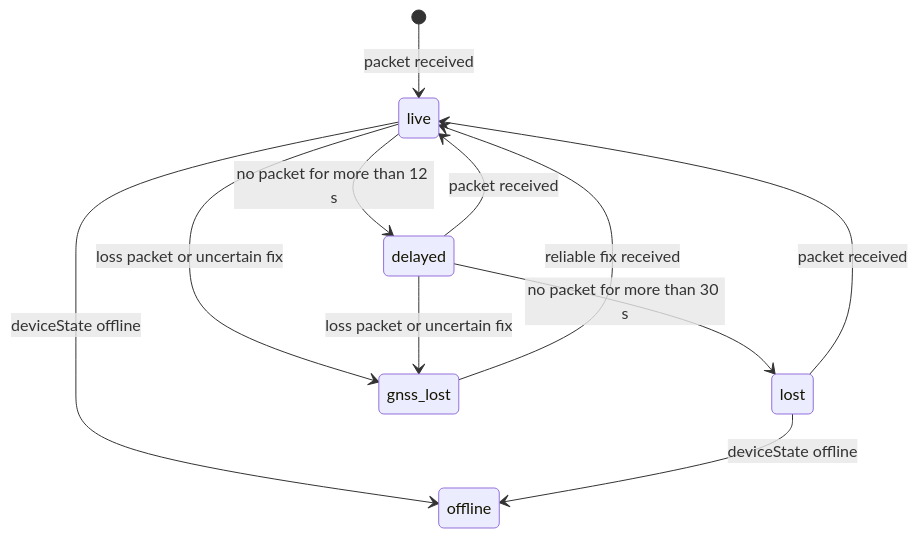
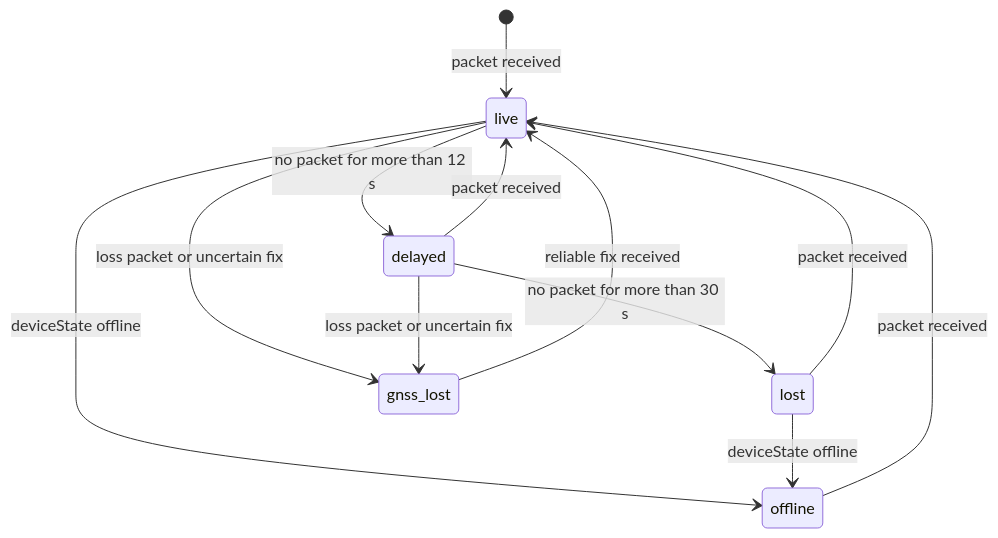
Before and after one commit to notnamansinha/Eki: the fourth of 4 diagrams in docs/design/TRACKING_ALGORITHMS.md, drawn with Mermaid. The commit also changed other lines of this file and 69 other files, not shown here.

````diff
--- a/docs/design/TRACKING_ALGORITHMS.md
+++ b/docs/design/TRACKING_ALGORITHMS.md
@@ -516,13 +518,14 @@
 ```mermaid
 stateDiagram-v2
   [*] --> live: packet received
   live --> delayed: no packet for more than 12 s
   delayed --> lost: no packet for more than 30 s
   live --> gnss_lost: loss packet or uncertain fix
   delayed --> gnss_lost: loss packet or uncertain fix
   gnss_lost --> live: reliable fix received
   delayed --> live: packet received
   lost --> live: packet received
   live --> offline: deviceState offline
   lost --> offline: deviceState offline
+  offline --> live: packet received
 ```
````
